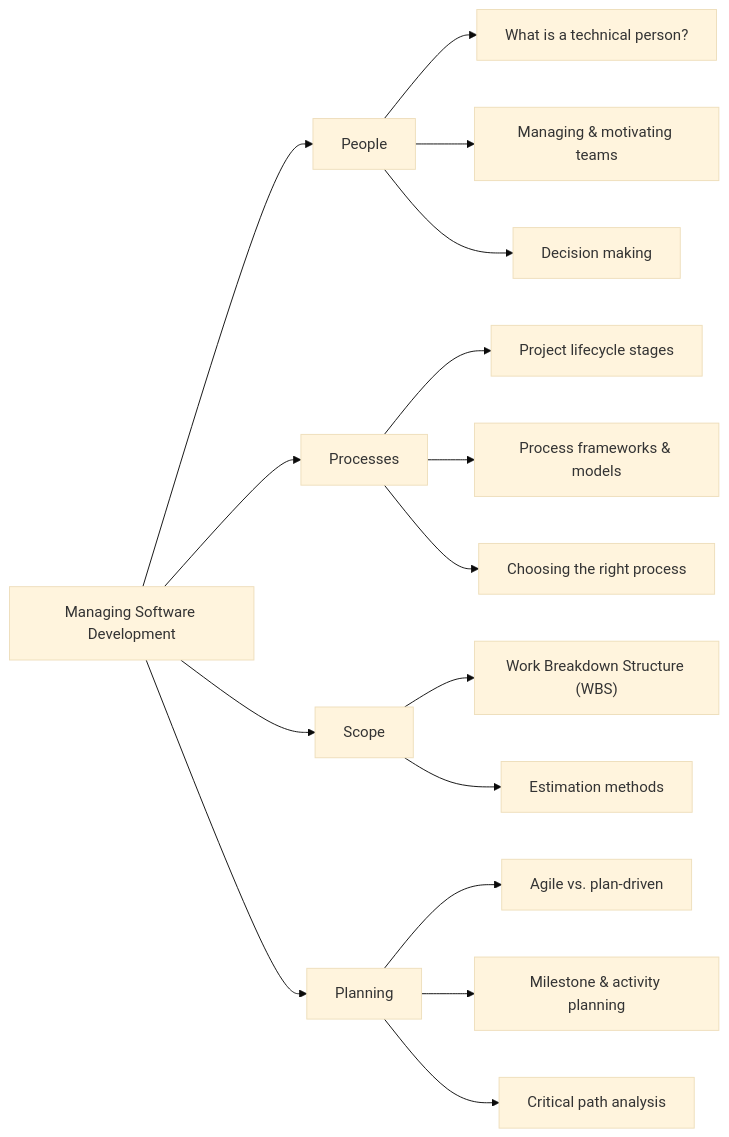
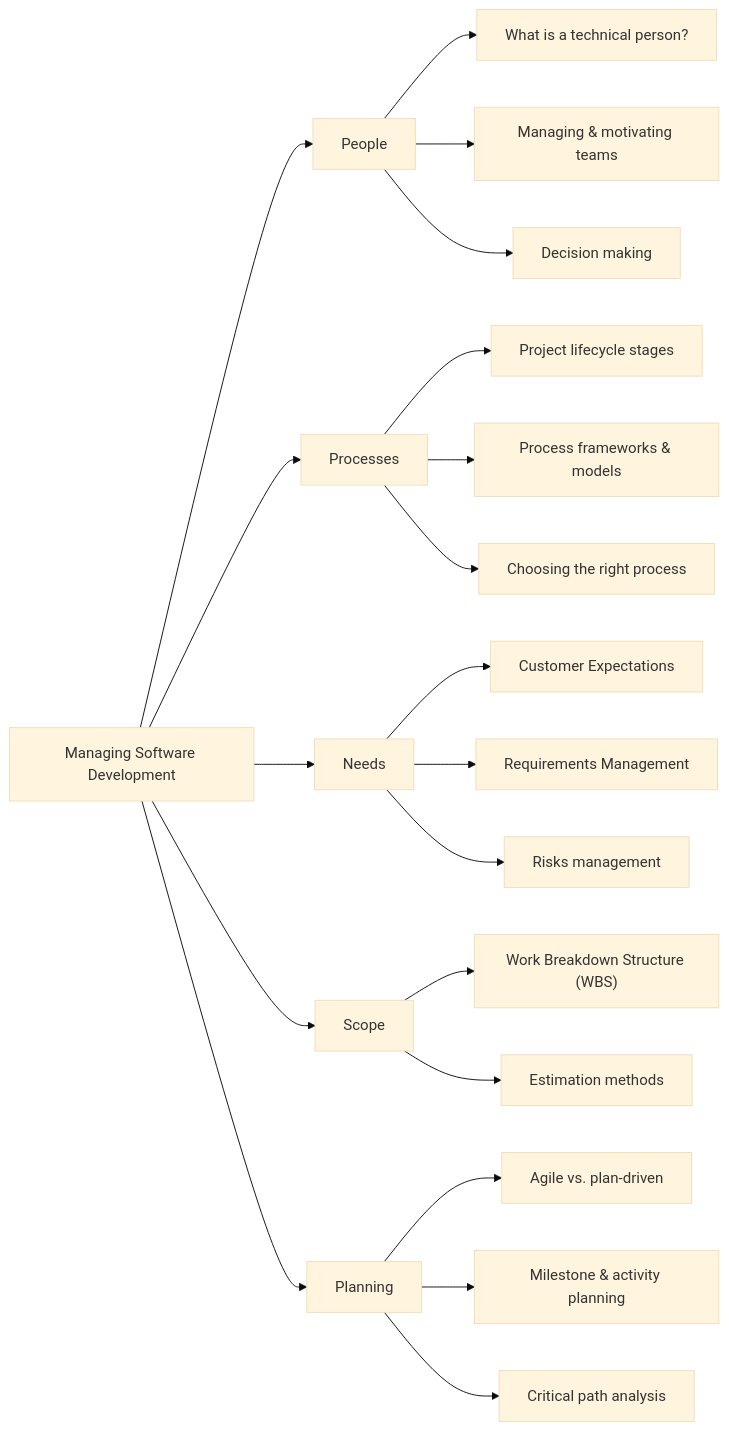
The diagram in index.md (msdbok/msdbok.github.io), drawn with Mermaid (base theme) before and after one commit.

````diff
--- a/index.md
+++ b/index.md
@@ -24,23 +24,28 @@
 ```mermaid
 graph LR
     A[Managing Software Development]
     A --> B[People]
     A --> C[Processes]
+    A --> F[Needs]
     A --> D[Scope]
     A --> E[Planning]
 
     B --> B1["What is a technical person?"]
     B --> B2["Managing & motivating teams"]
     B --> B3["Decision making"]
 
     C --> C1["Project lifecycle stages"]
     C --> C2["Process frameworks & models"]
     C --> C3["Choosing the right process"]
 
+    F --> F1["Customer Expectations"]
+    F --> F2["Requirements Management"]
+    F --> F3["Risks management"]
+
     D --> D1["Work Breakdown Structure (WBS)"]
     D --> D2["Estimation methods"]
 
     E --> E1["Agile vs. plan-driven"]
     E --> E2["Milestone & activity planning"]
     E --> E3["Critical path analysis"]
 ```
````
